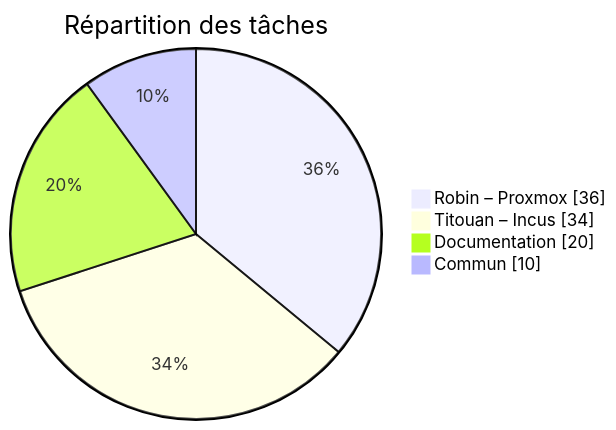
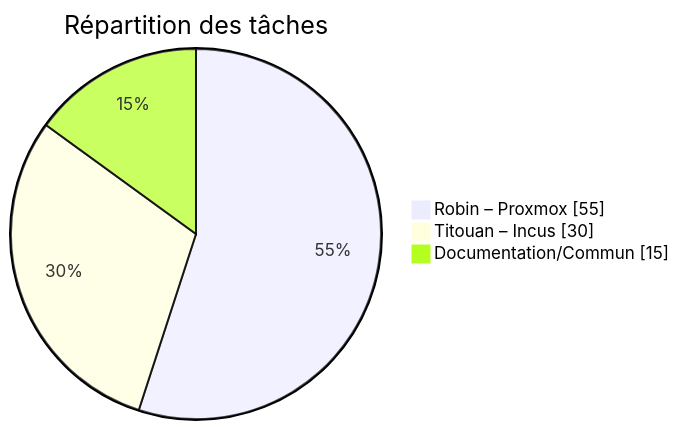
The diagram in README.md (DroGone0/SAE3D04---DEVCLOUD---Infra.-Virtu.), drawn with Mermaid before and after one commit. The commit also changed other lines of this file, not shown here.

````diff
--- a/README.md
+++ b/README.md
@@ -84,8 +84,7 @@
 ```mermaid
 pie showData
     title Répartition des tâches
-    "Robin – Proxmox" : 36
-    "Titouan – Incus" : 34
-    "Documentation" : 20
-    "Commun" : 10
+    "Robin – Proxmox" : 55
+    "Titouan – Incus" : 30
+    "Documentation/Commun" : 15
 ```
````
